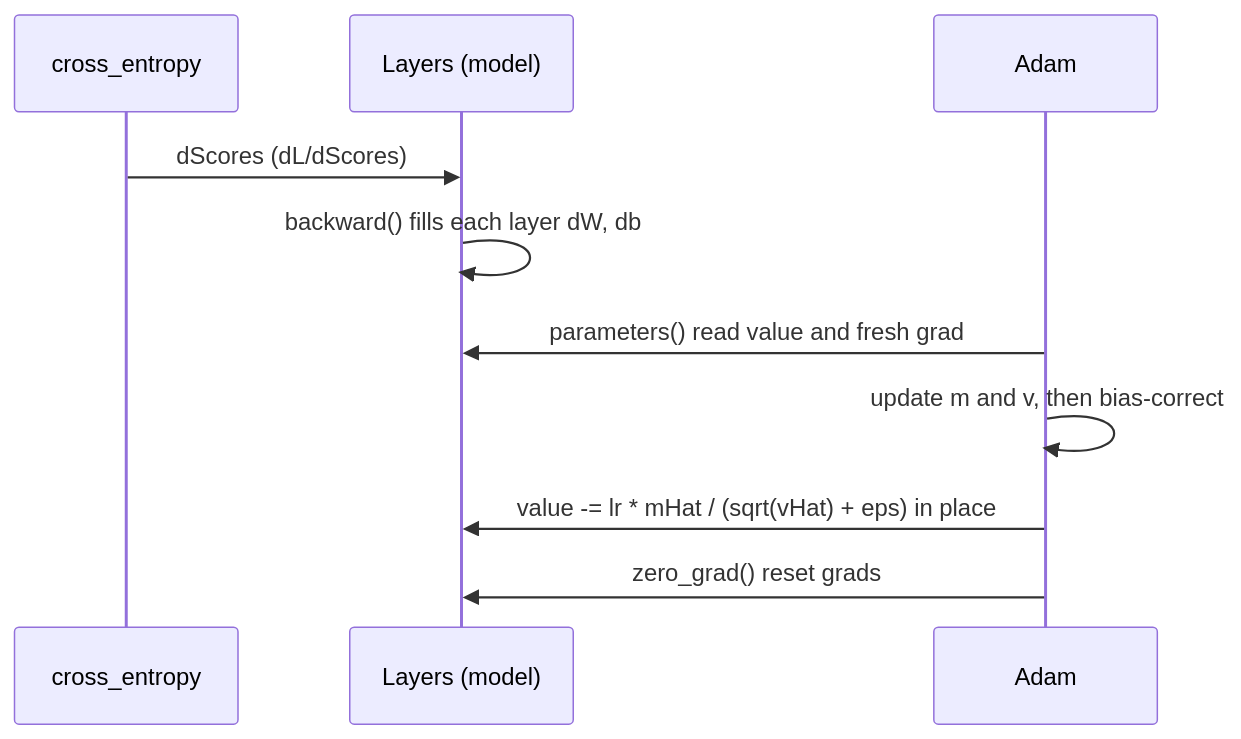
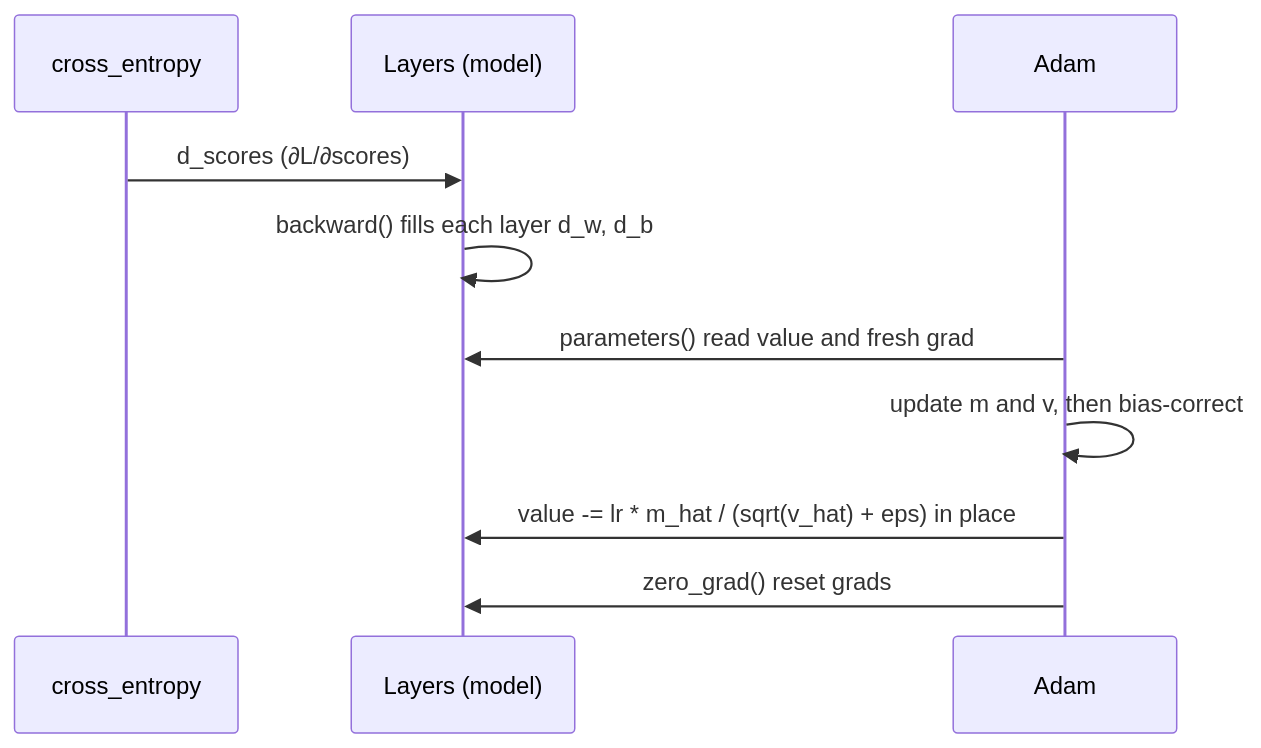
The third of 3 diagrams in IMPLEMENTATION.md (MustafaNatur/ML-coding-assignment), drawn with Mermaid before and after one commit. The commit also changed other lines of this file and 1 other file, not shown here.

````diff
--- a/IMPLEMENTATION.md
+++ b/IMPLEMENTATION.md
@@ -241,12 +241,12 @@
 ```mermaid
 sequenceDiagram
     participant CE as cross_entropy
     participant M as Layers (model)
     participant A as Adam
-    CE->>M: dScores (dL/dScores)
-    M->>M: backward() fills each layer dW, db
+    CE->>M: d_scores (∂L/∂scores)
+    M->>M: backward() fills each layer d_w, d_b
     A->>M: parameters() read value and fresh grad
     A->>A: update m and v, then bias-correct
-    A->>M: value -= lr * mHat / (sqrt(vHat) + eps) in place
+    A->>M: value -= lr * m_hat / (sqrt(v_hat) + eps) in place
     A->>M: zero_grad() reset grads
 ```
````
